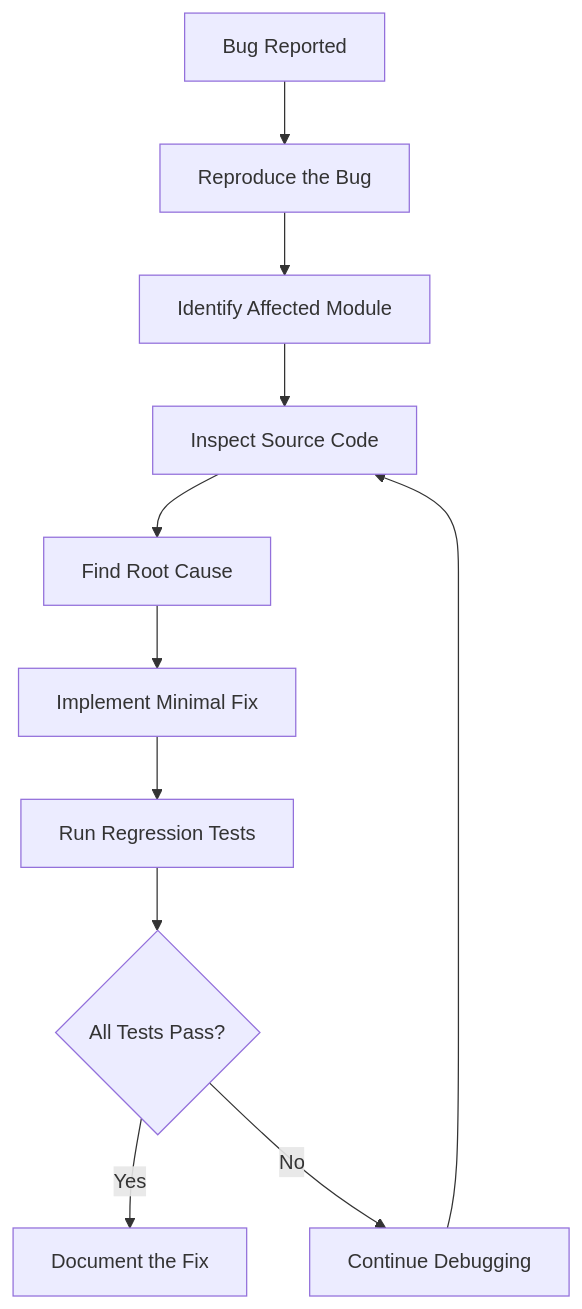
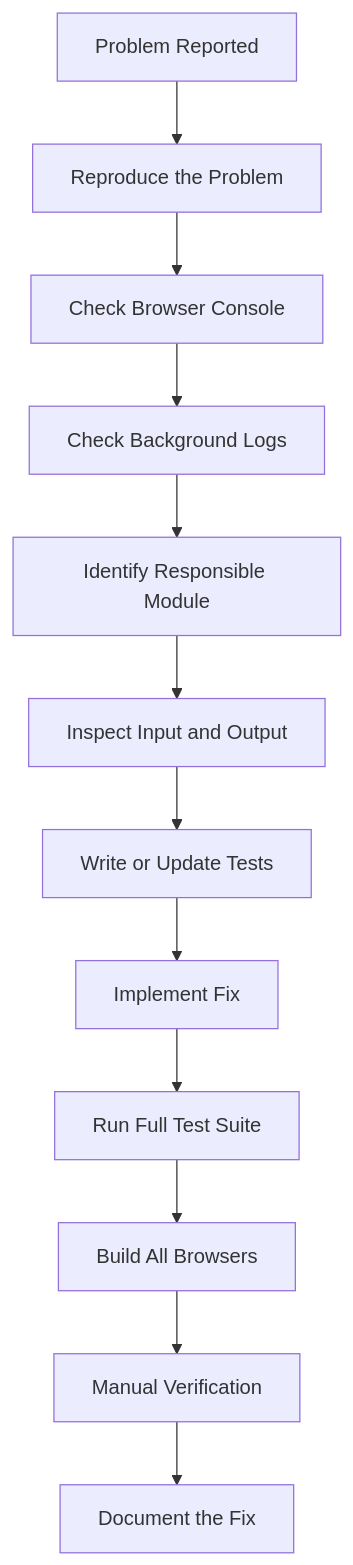
One commit to suyabamin/uiu_notification_pro changed diagram 11 of 11 in README.md. Above: the diagram before and after it, drawn with Mermaid. The commit also changed other lines of this file, not shown here.

````diff
--- a/README.md
+++ b/README.md
@@ -1038,18 +958,14 @@
 ```mermaid
 flowchart TD
-    A["Bug Reported"]
-    B["Reproduce the Bug"]
-    C["Identify Affected Module"]
-    D["Inspect Source Code"]
-    E["Find Root Cause"]
-    F["Implement Minimal Fix"]
-    G["Run Regression Tests"]
-    H{"All Tests Pass?"}
-    I["Document the Fix"]
-    J["Continue Debugging"]
-
-    A --> B --> C --> D --> E --> F --> G --> H
-    H -->|Yes| I
-    H -->|No| J
-    J --> D
+    A[Problem Reported] --> B[Reproduce the Problem]
+    B --> C[Check Browser Console]
+    C --> D[Check Background Logs]
+    D --> E[Identify Responsible Module]
+    E --> F[Inspect Input and Output]
+    F --> G[Write or Update Tests]
+    G --> H[Implement Fix]
+    H --> I[Run Full Test Suite]
+    I --> J[Build All Browsers]
+    J --> K[Manual Verification]
+    K --> L[Document the Fix]
 ```
````
